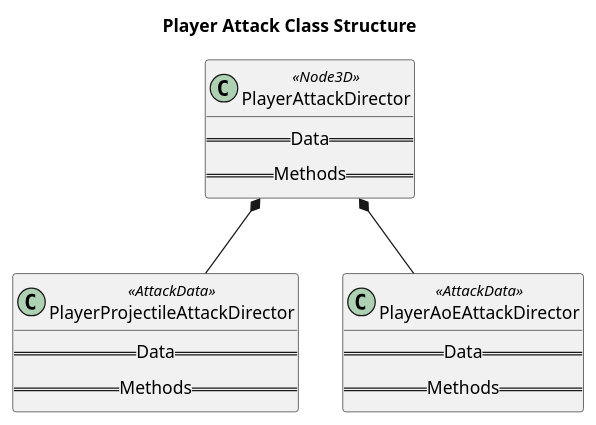
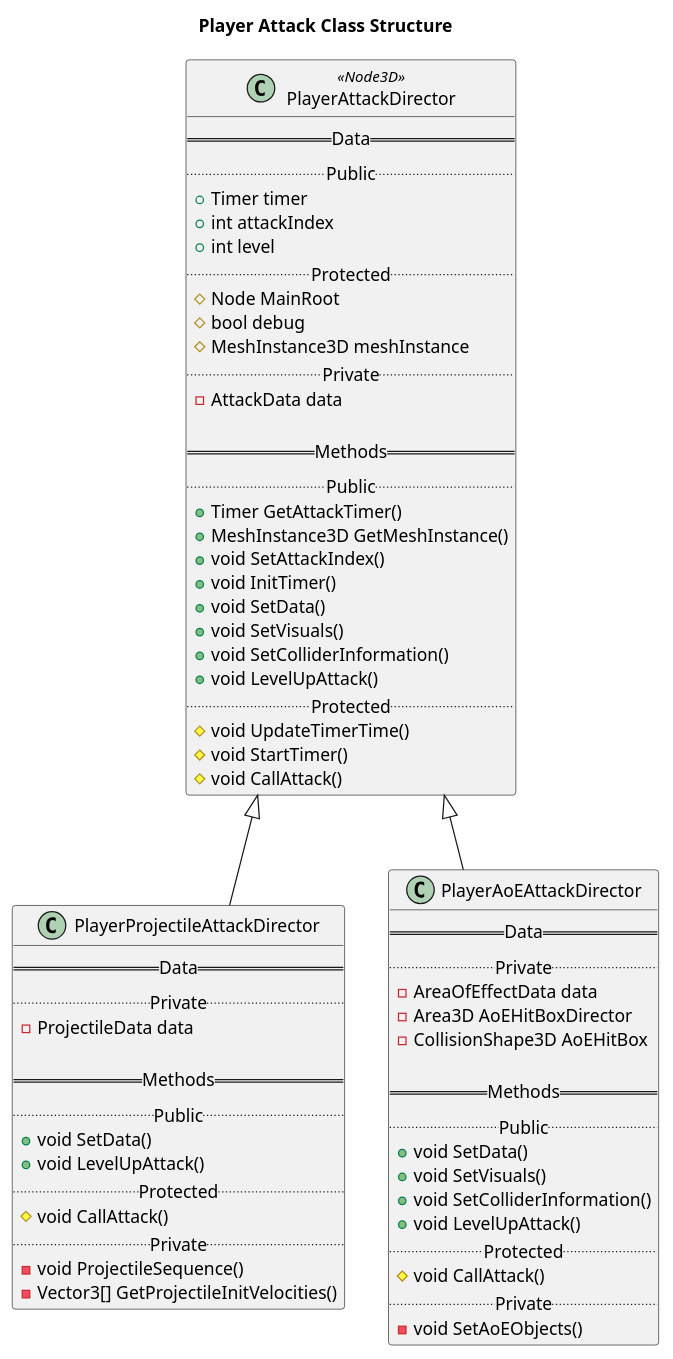
The diagram in UML-Diagrams/src/Player_Attack_Class_Struct.puml (kjtkanaly/Roguelike-Shoot-Em-Up), drawn with PlantUML before and after one commit. The commit also changed 3 other files, not shown here.

Commit message:
Updated the class diagram for the recent player attack object classes. Also some updates to the player attack object and generic projectle nodes

```diff
--- a/UML-Diagrams/src/Player_Attack_Class_Struct.puml
+++ b/UML-Diagrams/src/Player_Attack_Class_Struct.puml
@@ -1,23 +1,72 @@
 @startuml Player Attack Class Structure
 
 title Player Attack Class Structure
 
 class PlayerAttackDirector <<Node3D>>{
     == Data ==
+    .. Public ..
+    + Timer timer
+    + int attackIndex
+    + int level
+    .. Protected ..
+    # Node MainRoot
+    # bool debug
+    # MeshInstance3D meshInstance
+    .. Private ..
+    - AttackData data
+
     == Methods ==
+    .. Public ..
+    + Timer GetAttackTimer()
+    + MeshInstance3D GetMeshInstance()
+    + void SetAttackIndex()
+    + void InitTimer()
+    + void SetData()
+    + void SetVisuals()
+    + void SetColliderInformation()
+    + void LevelUpAttack()
+    .. Protected ..
+    # void UpdateTimerTime()
+    # void StartTimer()
+    # void CallAttack()
 }
 
-class PlayerProjectileAttackDirector <<AttackData>> {
+class PlayerProjectileAttackDirector {
     == Data ==
+    .. Private ..
+    - ProjectileData data
+
     == Methods ==
+    .. Public ..
+    + void SetData()
+    + void LevelUpAttack()
+    .. Protected ..
+    # void CallAttack()
+    .. Private ..
+    - void ProjectileSequence()
+    - Vector3[] GetProjectileInitVelocities()
 }
 
-class PlayerAoEAttackDirector <<AttackData>> {
+class PlayerAoEAttackDirector {
     == Data ==
+    .. Private ..
+    - AreaOfEffectData data
+    - Area3D AoEHitBoxDirector
+    - CollisionShape3D AoEHitBox
+
     == Methods ==
+    .. Public ..
+    + void SetData()
+    + void SetVisuals()
+    + void SetColliderInformation()
+    + void LevelUpAttack()
+    .. Protected ..
+    # void CallAttack()
+    .. Private ..
+    - void SetAoEObjects()
 }
 
-PlayerAttackDirector *-- PlayerProjectileAttackDirector
-PlayerAttackDirector *-- PlayerAoEAttackDirector
+PlayerAttackDirector <|-- PlayerProjectileAttackDirector
+PlayerAttackDirector <|-- PlayerAoEAttackDirector
 
 @enduml
```
